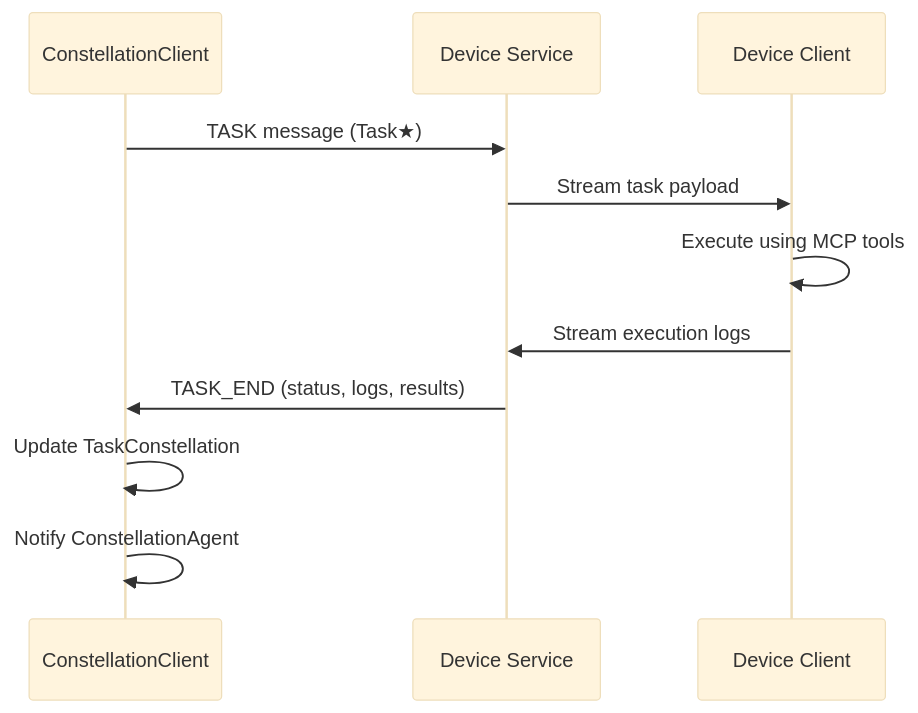
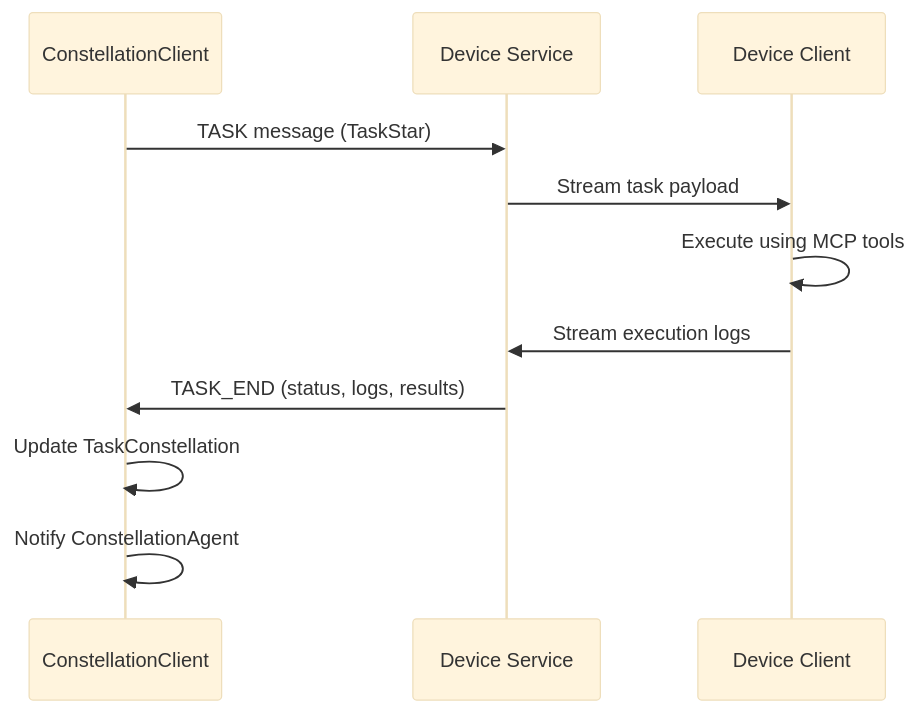
Before and after one commit to microsoft/UFO: the first of 2 diagrams in documents/docs/aip/overview.md, drawn with Mermaid (base theme). The commit also changed other lines of this file and 11 other files, not shown here.

````diff
--- a/documents/docs/aip/overview.md
+++ b/documents/docs/aip/overview.md
@@ -175,14 +154,14 @@
 ```mermaid
 sequenceDiagram
     participant CC as ConstellationClient
     participant DAS as Device Service
     participant DAC as Device Client
     
-    CC->>DAS: TASK message (Task★)
+    CC->>DAS: TASK message (TaskStar)
     DAS->>DAC: Stream task payload
     DAC->>DAC: Execute using MCP tools
     DAC->>DAS: Stream execution logs
     DAS->>CC: TASK_END (status, logs, results)
     CC->>CC: Update TaskConstellation
     CC->>CC: Notify ConstellationAgent
 ```
````
